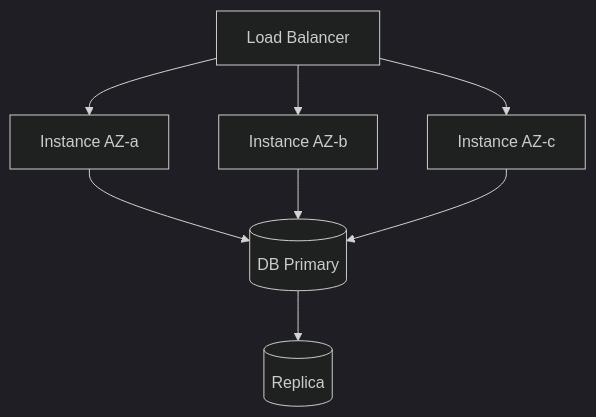
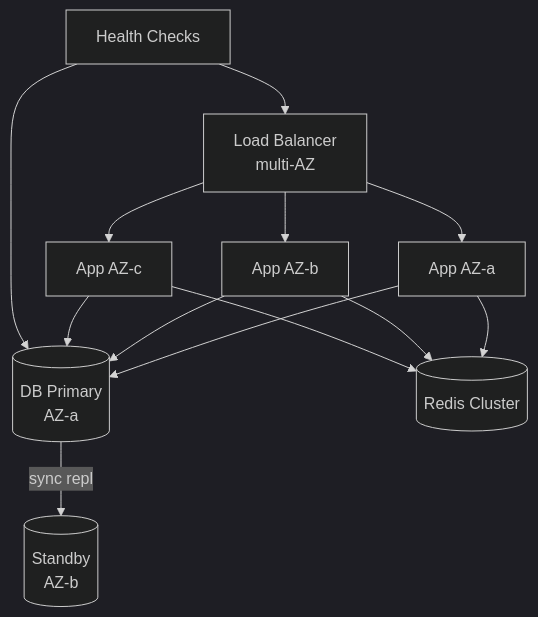
The third of 21 diagrams in 12-reliability-engineering/README.md (hareramcse/SystemDesign), drawn with Mermaid (dark theme) before and after one commit. The commit also changed other lines of this file and 14 other files, not shown here.

````diff
--- a/12-reliability-engineering/README.md
+++ b/12-reliability-engineering/README.md
@@ -94,8 +141,11 @@
 ```mermaid
 flowchart TB
-    LB[Load Balancer] --> A1[Instance AZ-a]
-    LB --> A2[Instance AZ-b]
-    LB --> A3[Instance AZ-c]
-    A1 & A2 & A3 --> DB[(DB Primary)]
-    DB --> Replica[(Replica)]
+    LB[Load Balancer<br/>multi-AZ] --> A1[App AZ-a]
+    LB --> A2[App AZ-b]
+    LB --> A3[App AZ-c]
+    A1 & A2 & A3 --> DBP[(DB Primary<br/>AZ-a)]
+    DBP -->|sync repl| DBS[(Standby<br/>AZ-b)]
+    A1 & A2 & A3 --> Cache[(Redis Cluster)]
+    HC[Health Checks] --> LB
+    HC --> DBP
 ```
````
